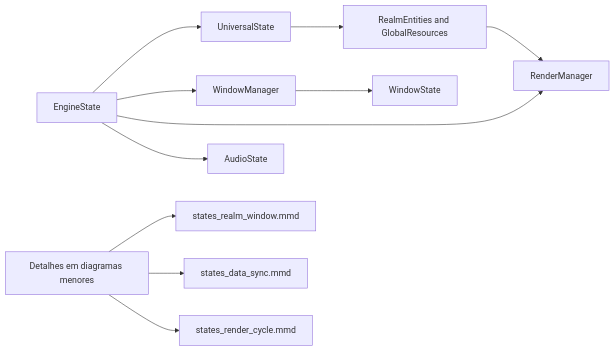
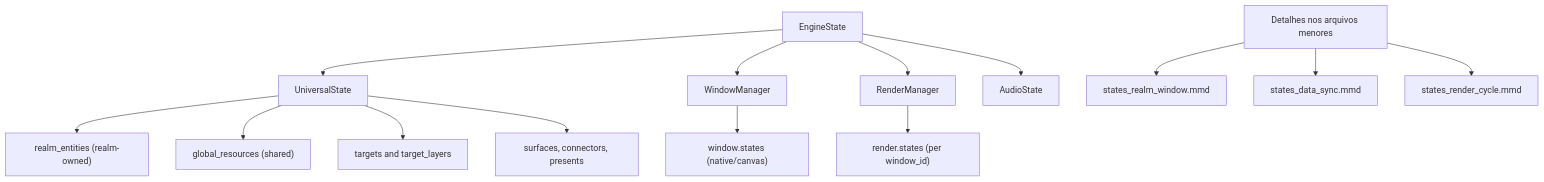
One commit to vulppi-dev/galfus changed the diagram in docs/diagrams/states.mmd. Above: the diagram before and after it, drawn with Mermaid. The commit also changed 14 other files, not shown here.

```diff
--- a/docs/diagrams/states.mmd
+++ b/docs/diagrams/states.mmd
@@ -1,25 +1,34 @@
-flowchart LR
-  A["EngineState"]
-  B["UniversalState"]
-  C["WindowManager"]
-  D["RenderManager"]
-  E["AudioState"]
-  F["RealmEntities and GlobalResources"]
-  G["WindowState"]
+flowchart TB
+  ES["EngineState"]
+  US["UniversalState"]
+  WM["WindowManager"]
+  RM["RenderManager"]
+  AS["AudioState"]
 
-  A --> B
-  A --> C
-  A --> D
-  A --> E
-  C --> G
-  B --> F
-  F --> D
+  ES --> US
+  ES --> WM
+  ES --> RM
+  ES --> AS
 
-  N1["Detalhes em diagramas menores"]
-  N2["states_realm_window.mmd"]
-  N3["states_data_sync.mmd"]
-  N4["states_render_cycle.mmd"]
+  USR["realm_entities (realm-owned)"]
+  USG["global_resources (shared)"]
+  UST["targets and target_layers"]
+  USS["surfaces, connectors, presents"]
+  WIN["window.states (native/canvas)"]
+  RST["render.states (per window_id)"]
 
-  N1 --> N2
-  N1 --> N3
-  N1 --> N4
+  US --> USR
+  US --> USG
+  US --> UST
+  US --> USS
+  WM --> WIN
+  RM --> RST
+
+  NOTE["Detalhes nos arquivos menores"]
+  D1["states_realm_window.mmd"]
+  D2["states_data_sync.mmd"]
+  D3["states_render_cycle.mmd"]
+
+  NOTE --> D1
+  NOTE --> D2
+  NOTE --> D3
```
